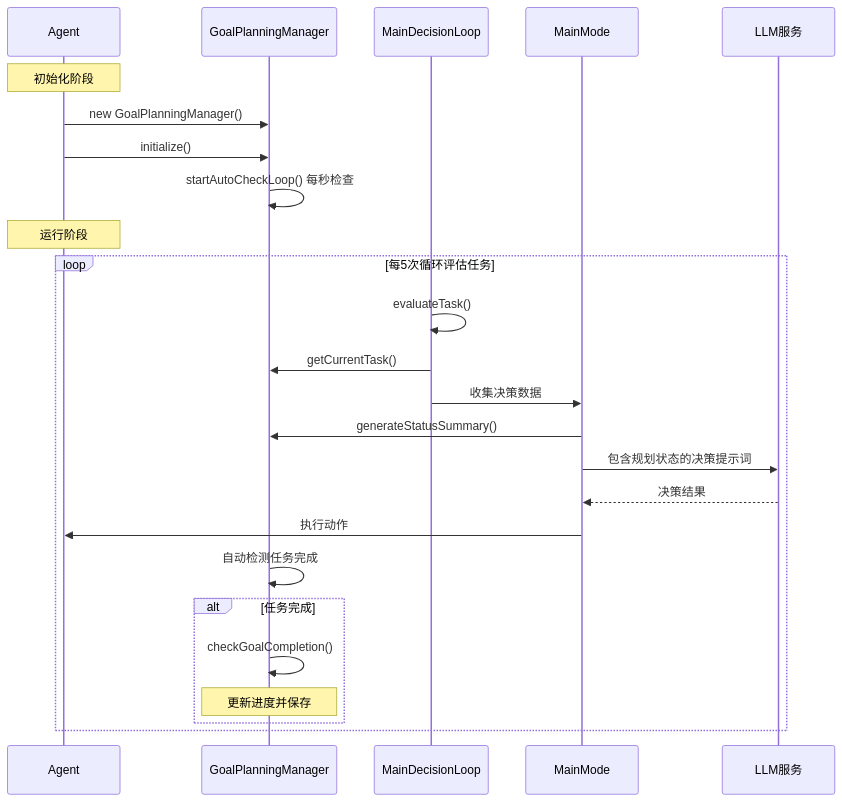
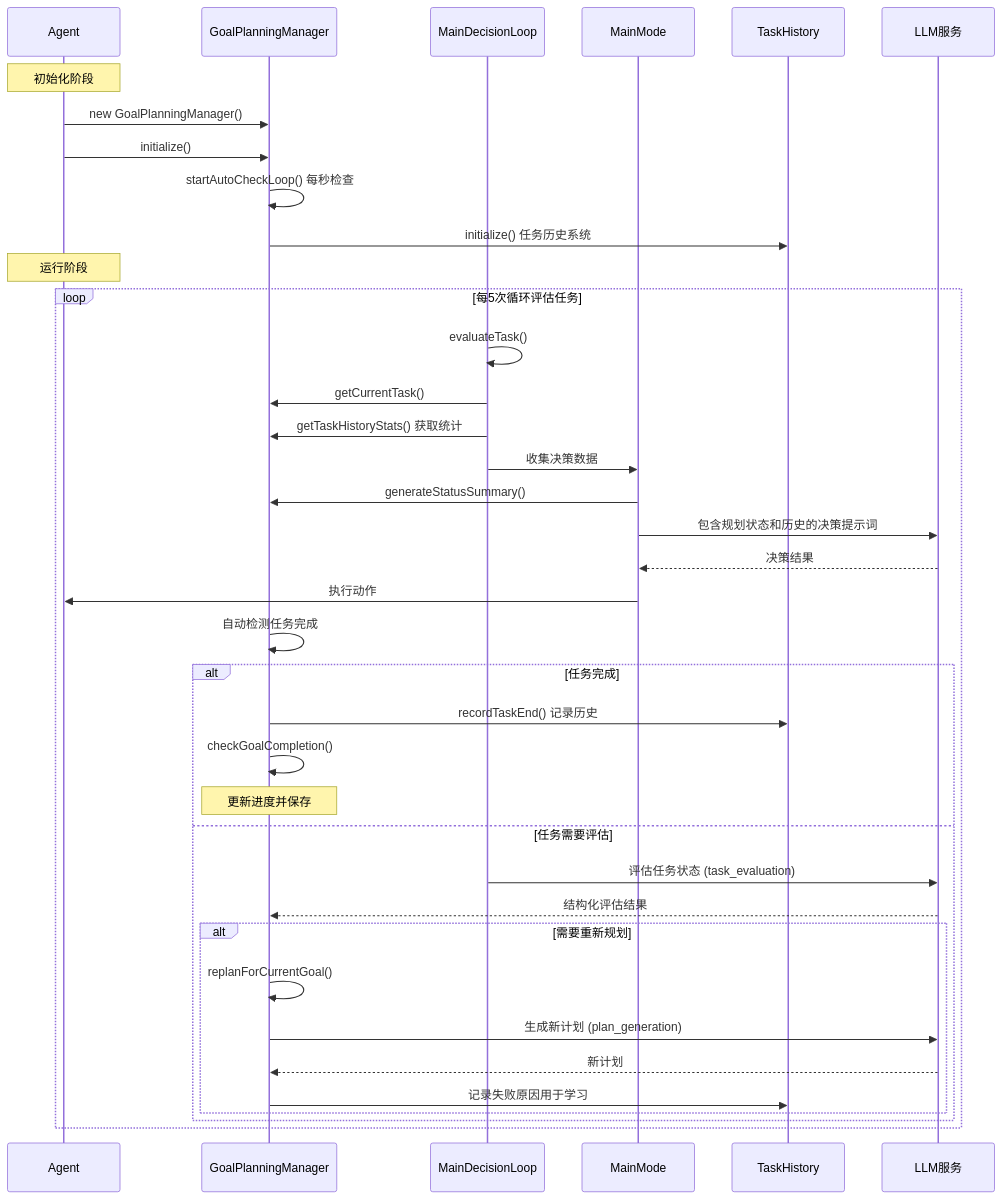
One commit to ChangingSelf/maicraft-next changed the first of 3 diagrams in docs/planning-system.md. Above: the diagram before and after it, drawn with Mermaid. The commit also changed other lines of this file and 1 other file, not shown here.

````diff
--- a/docs/planning-system.md
+++ b/docs/planning-system.md
@@ -57,29 +66,42 @@
 ```mermaid
 sequenceDiagram
     participant A as Agent
     participant G as GoalPlanningManager
     participant L as MainDecisionLoop
     participant M as MainMode
+    participant T as TaskHistory
     participant LLM as LLM服务
 
     Note over A: 初始化阶段
     A->>G: new GoalPlanningManager()
     A->>G: initialize()
     G->>G: startAutoCheckLoop() 每秒检查
+    G->>T: initialize() 任务历史系统
 
     Note over A: 运行阶段
     loop 每5次循环评估任务
         L->>L: evaluateTask()
         L->>G: getCurrentTask()
+        L->>G: getTaskHistoryStats() 获取统计
         L->>M: 收集决策数据
         M->>G: generateStatusSummary()
-        M->>LLM: 包含规划状态的决策提示词
+        M->>LLM: 包含规划状态和历史的决策提示词
         LLM-->>M: 决策结果
         M->>A: 执行动作
         G->>G: 自动检测任务完成
         alt 任务完成
+            G->>T: recordTaskEnd() 记录历史
             G->>G: checkGoalCompletion()
             Note over G: 更新进度并保存
+        else 任务需要评估
+            L->>LLM: 评估任务状态 (task_evaluation)
+            LLM-->>G: 结构化评估结果
+            alt 需要重新规划
+                G->>G: replanForCurrentGoal()
+                G->>LLM: 生成新计划 (plan_generation)
+                LLM-->>G: 新计划
+                G->>T: 记录失败原因用于学习
+            end
         end
     end
 ```
````
